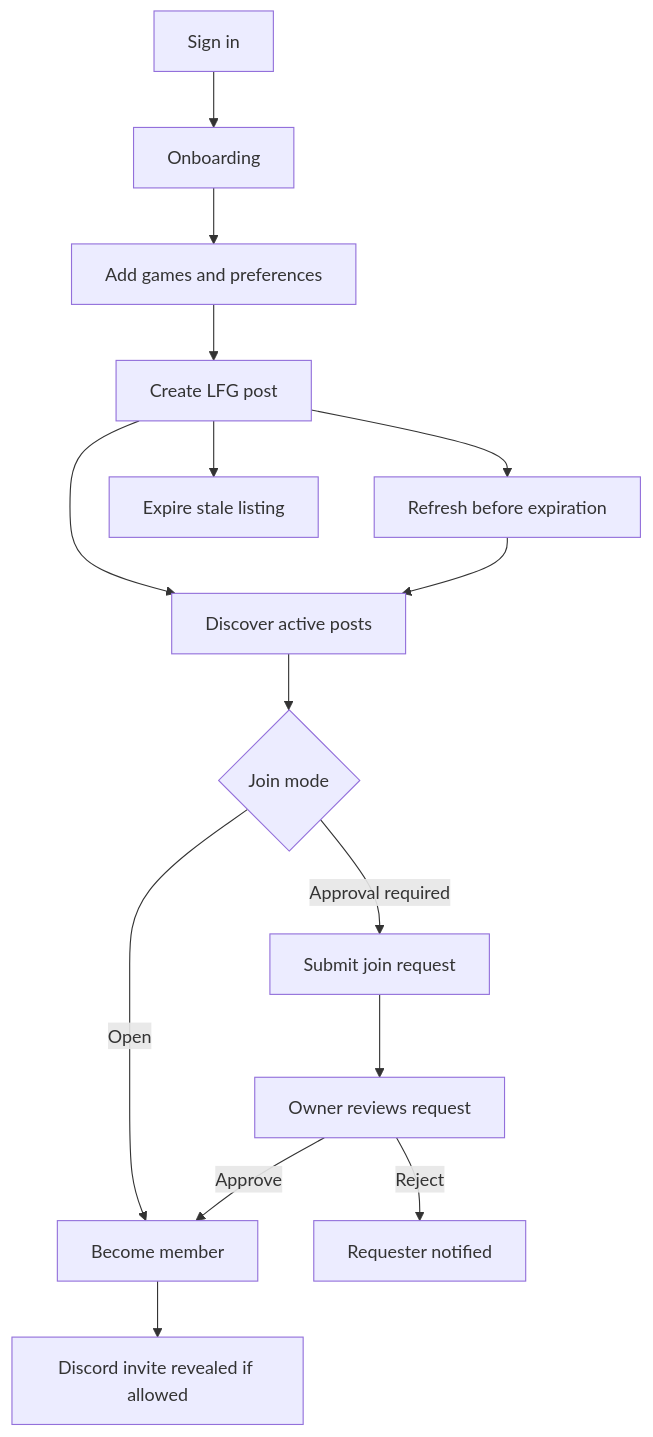
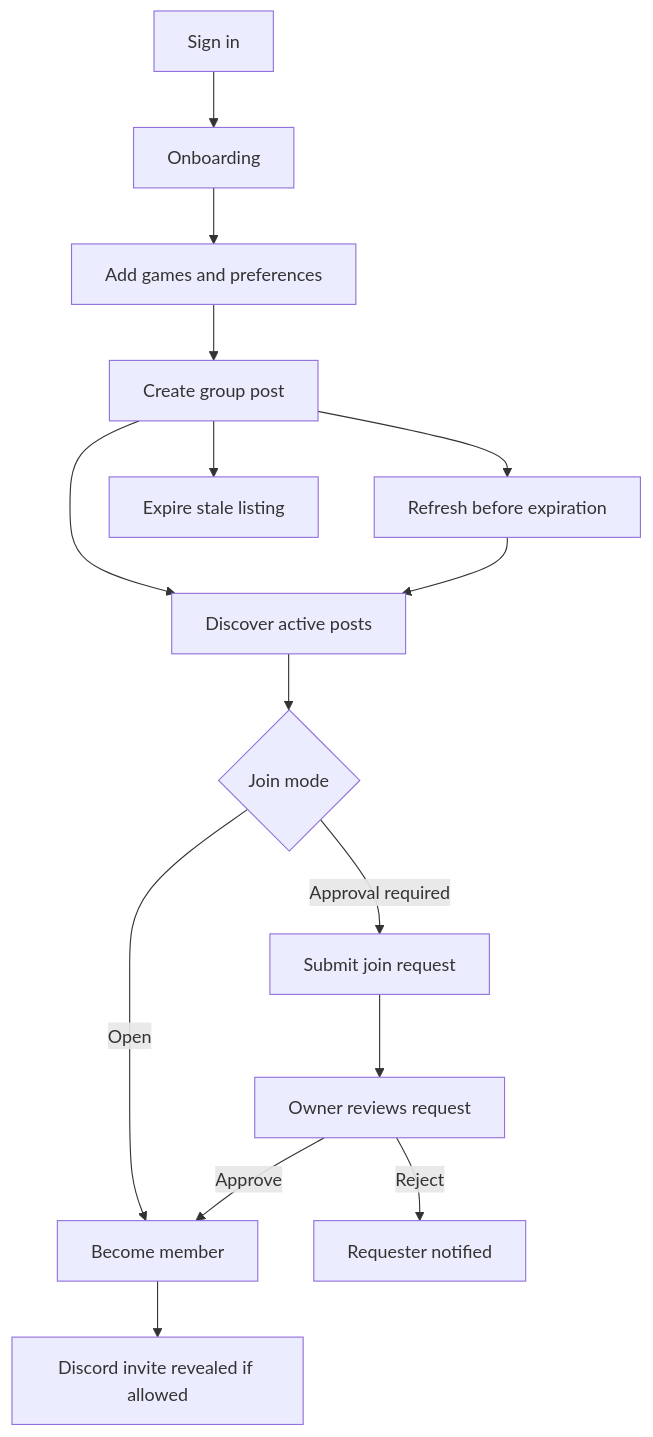
Before and after one commit to RToppin/LFG: the second of 2 diagrams in docs/architecture.md, drawn with Mermaid. The commit also changed other lines of this file and 16 other files, not shown here.

````diff
--- a/docs/architecture.md
+++ b/docs/architecture.md
@@ -36,17 +36,17 @@
 ```mermaid
 flowchart TD
   A[Sign in] --> B[Onboarding]
   B --> C[Add games and preferences]
-  C --> D[Create LFG post]
+  C --> D[Create group post]
   D --> E[Discover active posts]
   E --> F{Join mode}
   F -->|Open| G[Become member]
   F -->|Approval required| H[Submit join request]
   H --> I[Owner reviews request]
   I -->|Approve| G
   I -->|Reject| J[Requester notified]
   G --> K[Discord invite revealed if allowed]
   D --> L[Refresh before expiration]
   L --> E
   D --> M[Expire stale listing]
 ```
````
